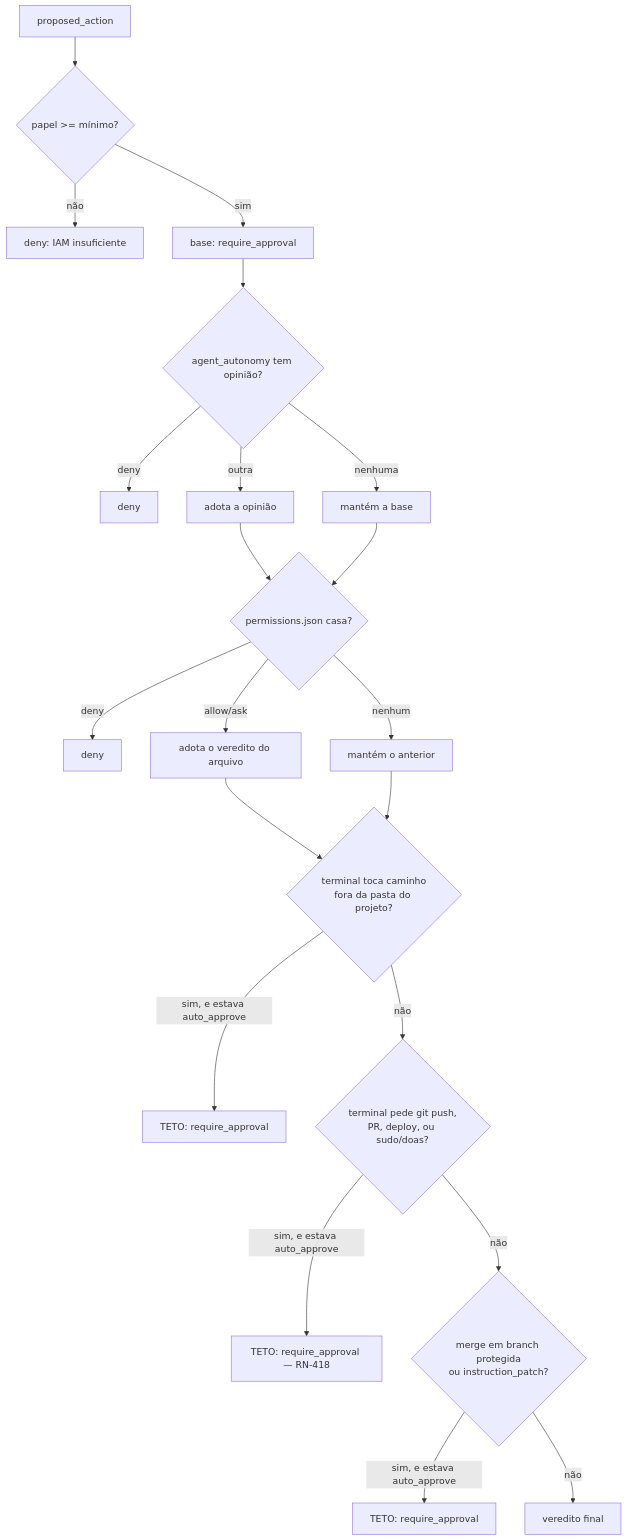
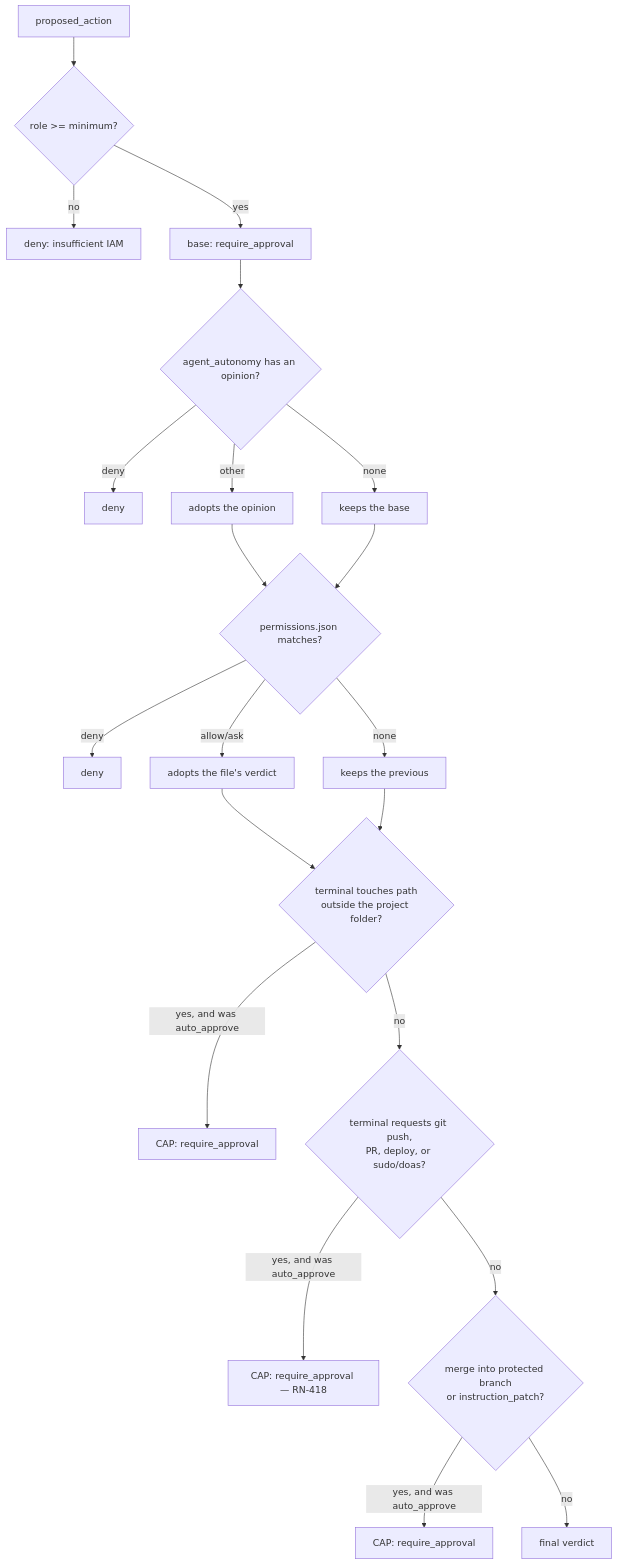
One commit to daneiel/brabo changed the diagram in docs/reference/permissions.md. Above: the diagram before and after it, drawn with Mermaid. The commit also changed other lines of this file and 691 other files, not shown here.

````diff
--- a/docs/reference/permissions.md
+++ b/docs/reference/permissions.md
@@ -219,23 +228,23 @@
 ```mermaid
 flowchart TD
-  A[proposed_action] --> B{papel >= mínimo?}
-  B -->|não| D1[deny: IAM insuficiente]
-  B -->|sim| C[base: require_approval]
-  C --> D{agent_autonomy tem opinião?}
+  A[proposed_action] --> B{role >= minimum?}
+  B -->|no| D1[deny: insufficient IAM]
+  B -->|yes| C[base: require_approval]
+  C --> D{agent_autonomy has an opinion?}
   D -->|deny| D2[deny]
-  D -->|outra| E[adota a opinião]
-  D -->|nenhuma| E2[mantém a base]
-  E --> F{permissions.json casa?}
+  D -->|other| E[adopts the opinion]
+  D -->|none| E2[keeps the base]
+  E --> F{permissions.json matches?}
   E2 --> F
   F -->|deny| D3[deny]
-  F -->|allow/ask| G[adota o veredito do arquivo]
-  F -->|nenhum| G2[mantém o anterior]
-  G --> S{terminal toca caminho<br/>fora da pasta do projeto?}
+  F -->|allow/ask| G[adopts the file's verdict]
+  F -->|none| G2[keeps the previous]
+  G --> S{terminal touches path<br/>outside the project folder?}
   G2 --> S
-  S -->|sim, e estava auto_approve| I2[TETO: require_approval]
-  S -->|não| Z{terminal pede git push,<br/>PR, deploy, ou sudo/doas?}
-  Z -->|sim, e estava auto_approve| I3[TETO: require_approval — RN-418]
-  Z -->|não| H{merge em branch protegida<br/>ou instruction_patch?}
-  H -->|sim, e estava auto_approve| I[TETO: require_approval]
-  H -->|não| J[veredito final]
+  S -->|yes, and was auto_approve| I2[CAP: require_approval]
+  S -->|no| Z{terminal requests git push,<br/>PR, deploy, or sudo/doas?}
+  Z -->|yes, and was auto_approve| I3[CAP: require_approval — RN-418]
+  Z -->|no| H{merge into protected branch<br/>or instruction_patch?}
+  H -->|yes, and was auto_approve| I[CAP: require_approval]
+  H -->|no| J[final verdict]
 ```
````
